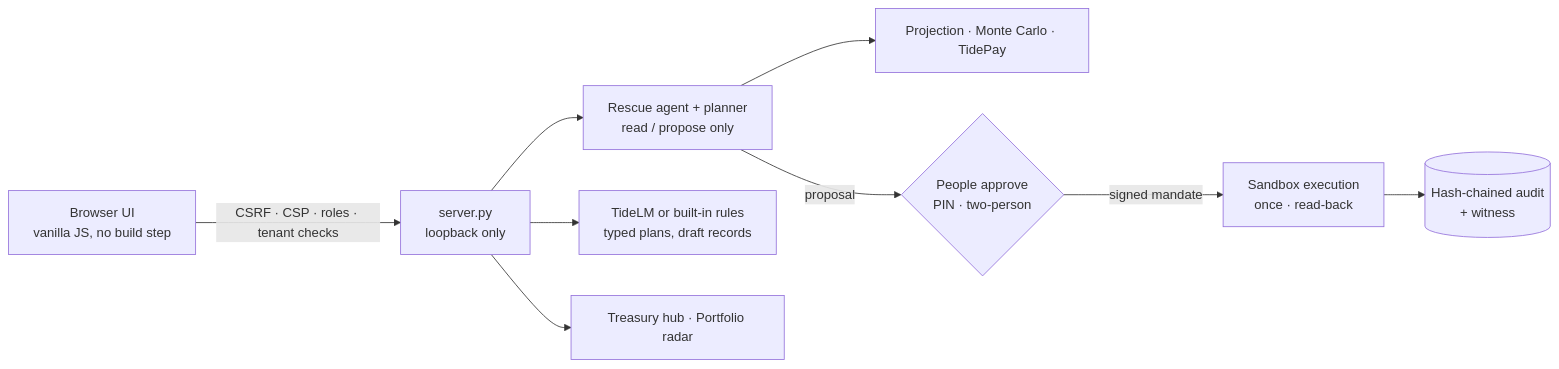
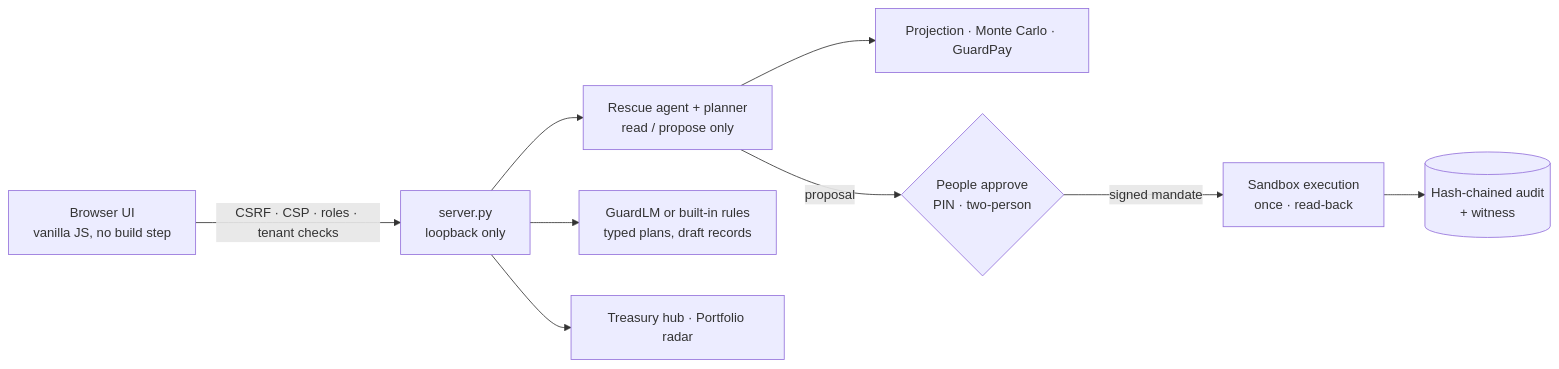
One commit to ramim167/moneyguard-mu-2026 changed the diagram in README.md. Above: the diagram before and after it, drawn with Mermaid. The commit also changed other lines of this file and 899 other files, not shown here.

````diff
--- a/README.md
+++ b/README.md
@@ -152,11 +152,11 @@
 ```mermaid
 flowchart LR
     UI["Browser UI<br/>vanilla JS, no build step"] -->|"CSRF · CSP · roles · tenant checks"| S["server.py<br/>loopback only"]
     S --> AG["Rescue agent + planner<br/>read / propose only"]
-    S --> LM["TideLM or built-in rules<br/>typed plans, draft records"]
-    AG --> EN["Projection · Monte Carlo · TidePay"]
+    S --> LM["GuardLM or built-in rules<br/>typed plans, draft records"]
+    AG --> EN["Projection · Monte Carlo · GuardPay"]
     S --> TH["Treasury hub · Portfolio radar"]
     AG -->|proposal| HU{"People approve<br/>PIN · two-person"}
     HU -->|"signed mandate"| EX["Sandbox execution<br/>once · read-back"]
     EX --> AU[("Hash-chained audit<br/>+ witness")]
 ```
````
